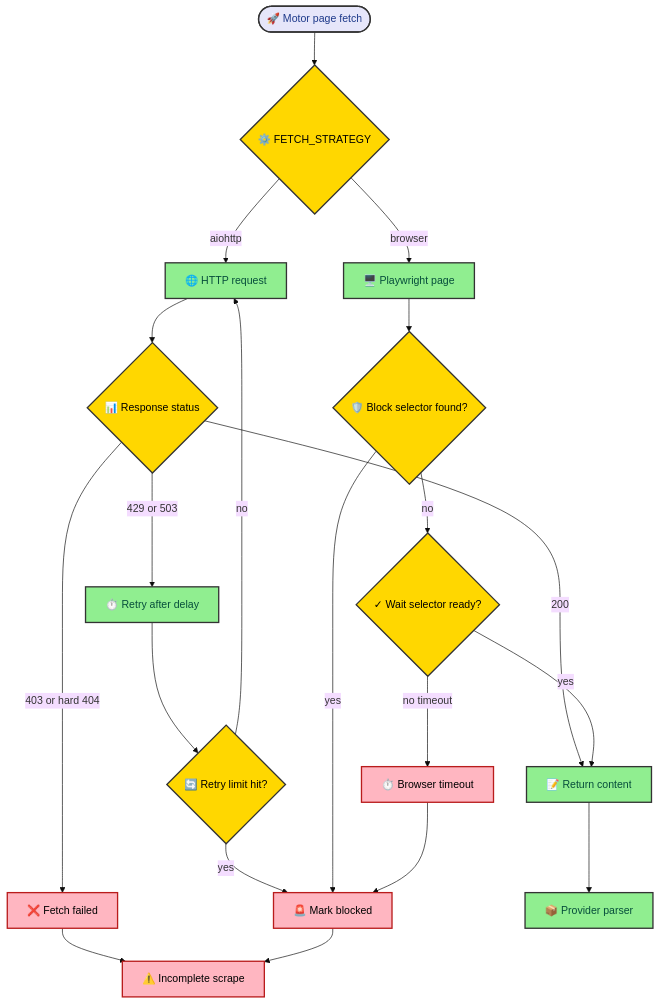
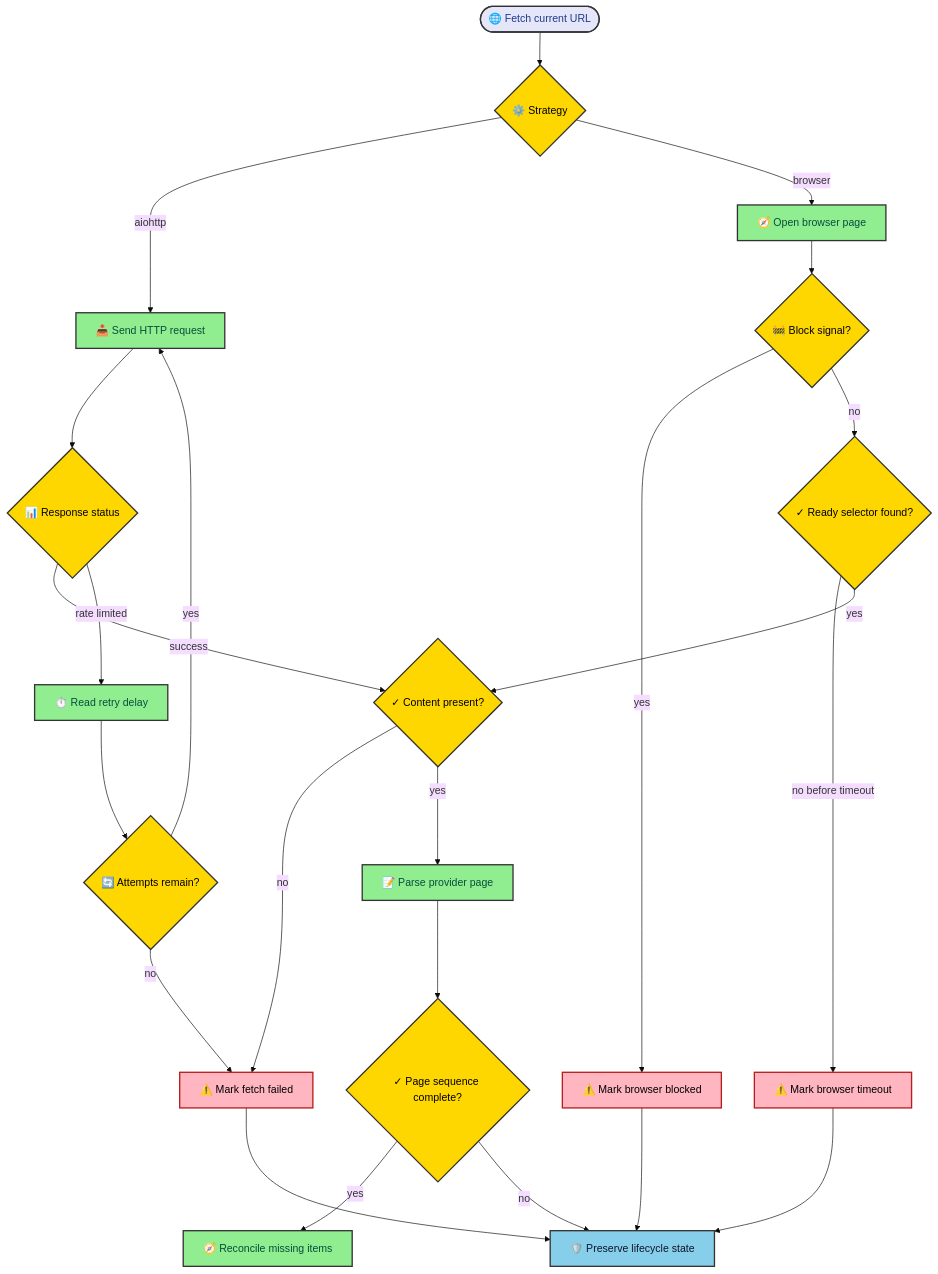
The diagram in src/thejournal/mlscraper/fetching_and_backoff.mdx (duranalberto/albertoduran), drawn with Mermaid (base theme) before and after one commit. The commit also changed other lines of this file and 76 other files, not shown here.

````diff
--- a/src/thejournal/mlscraper/fetching_and_backoff.mdx
+++ b/src/thejournal/mlscraper/fetching_and_backoff.mdx
@@ -22,33 +44,40 @@
 ```mermaid
 flowchart TD
-    Start([🚀 Motor page fetch]) --> Strategy{⚙️ FETCH_STRATEGY}
-    Strategy -->|aiohttp| Http[🌐 HTTP request]
-    Strategy -->|browser| Browser[🖥️ Playwright page]
-    Http --> Status{📊 Response status}
-    Status -->|200| Content[📝 Return content]
-    Status -->|429 or 503| Rate[⏱️ Retry after delay]
-    Status -->|403 or hard 404| Fail[❌ Fetch failed]
-    Rate --> Limit{🔄 Retry limit hit?}
-    Limit -->|no| Http
-    Limit -->|yes| Block[🚨 Mark blocked]
-    Browser --> Gate{🛡️ Block selector found?}
-    Gate -->|yes| Block
-    Gate -->|no| Ready{✓ Wait selector ready?}
+    Start([🌐 Fetch current URL]) --> Mode{⚙️ Strategy}
+    Mode -->|aiohttp| HTTP[📥 Send HTTP request]
+    Mode -->|browser| Browser[🧭 Open browser page]
+
+    HTTP --> Status{📊 Response status}
+    Status -->|success| Content{✓ Content present?}
+    Status -->|rate limited| Hint[⏱️ Read retry delay]
+    Hint --> Retry{🔄 Attempts remain?}
+    Retry -->|yes| HTTP
+    Retry -->|no| Failed[⚠️ Mark fetch failed]
+
+    Browser --> Block{🚧 Block signal?}
+    Block -->|yes| Blocked[⚠️ Mark browser blocked]
+    Block -->|no| Ready{✓ Ready selector found?}
+    Ready -->|no before timeout| Timeout[⚠️ Mark browser timeout]
     Ready -->|yes| Content
-    Ready -->|no timeout| Timeout[⏱️ Browser timeout]
-    Timeout --> Block
-    Content --> Parse[📦 Provider parser]
-    Fail --> Incomplete[⚠️ Incomplete scrape]
-    Block --> Incomplete
 
-    classDef startEnd fill:#E6E6FA,stroke:#333,stroke-width:2px,color:#1E3A8A
+    Content -->|no| Failed
+    Content -->|yes| Parse[📝 Parse provider page]
+    Parse --> Complete{✓ Page sequence complete?}
+    Complete -->|yes| Reconcile[🧭 Reconcile missing items]
+    Complete -->|no| Preserve[🛡️ Preserve lifecycle state]
+    Failed --> Preserve
+    Blocked --> Preserve
+    Timeout --> Preserve
+
+    classDef start fill:#E6E6FA,stroke:#333,stroke-width:2px,color:#1E3A8A
     classDef process fill:#90EE90,stroke:#333,stroke-width:2px,color:#064E3B
     classDef decision fill:#FFD700,stroke:#333,stroke-width:2px,color:#000
-    classDef error fill:#FFB6C1,stroke:#B91C1C,stroke-width:2px,color:#000
-    classDef output fill:#87CEEB,stroke:#333,stroke-width:2px,color:#0F172A
+    classDef warning fill:#FFB6C1,stroke:#B91C1C,stroke-width:2px,color:#000
+    classDef safe fill:#87CEEB,stroke:#333,stroke-width:2px,color:#0F172A
 
-    class Start startEnd
-    class Http,Browser,Rate,Content,Parse process
-    class Strategy,Status,Limit,Gate,Ready decision
-    class Fail,Block,Timeout,Incomplete error
+    class Start start
+    class HTTP,Browser,Hint,Parse,Reconcile process
+    class Mode,Status,Retry,Block,Ready,Content,Complete decision
+    class Failed,Blocked,Timeout warning
+    class Preserve safe
 ```
````
